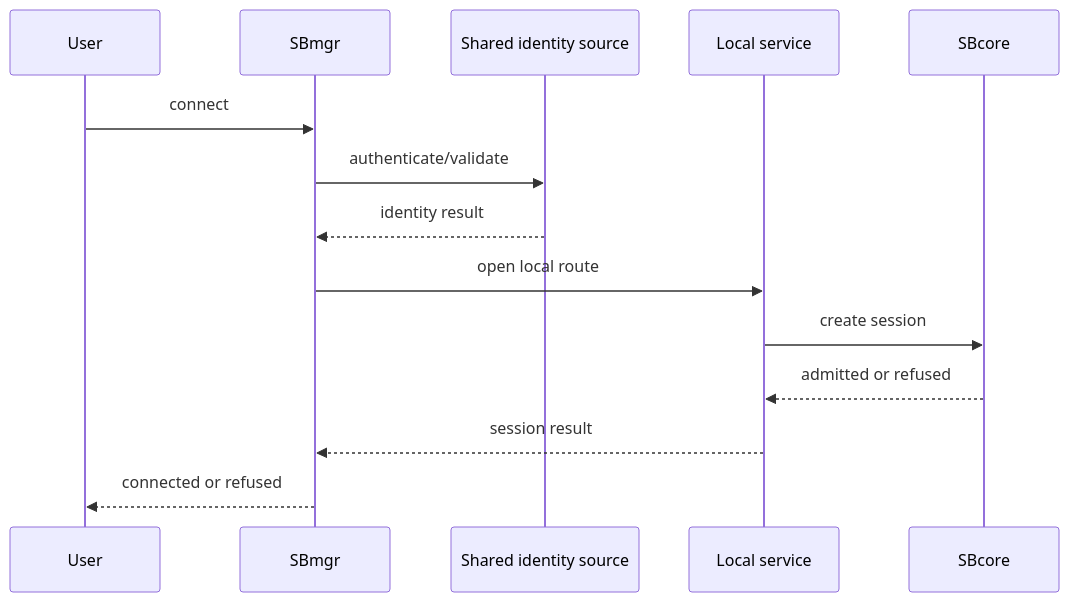
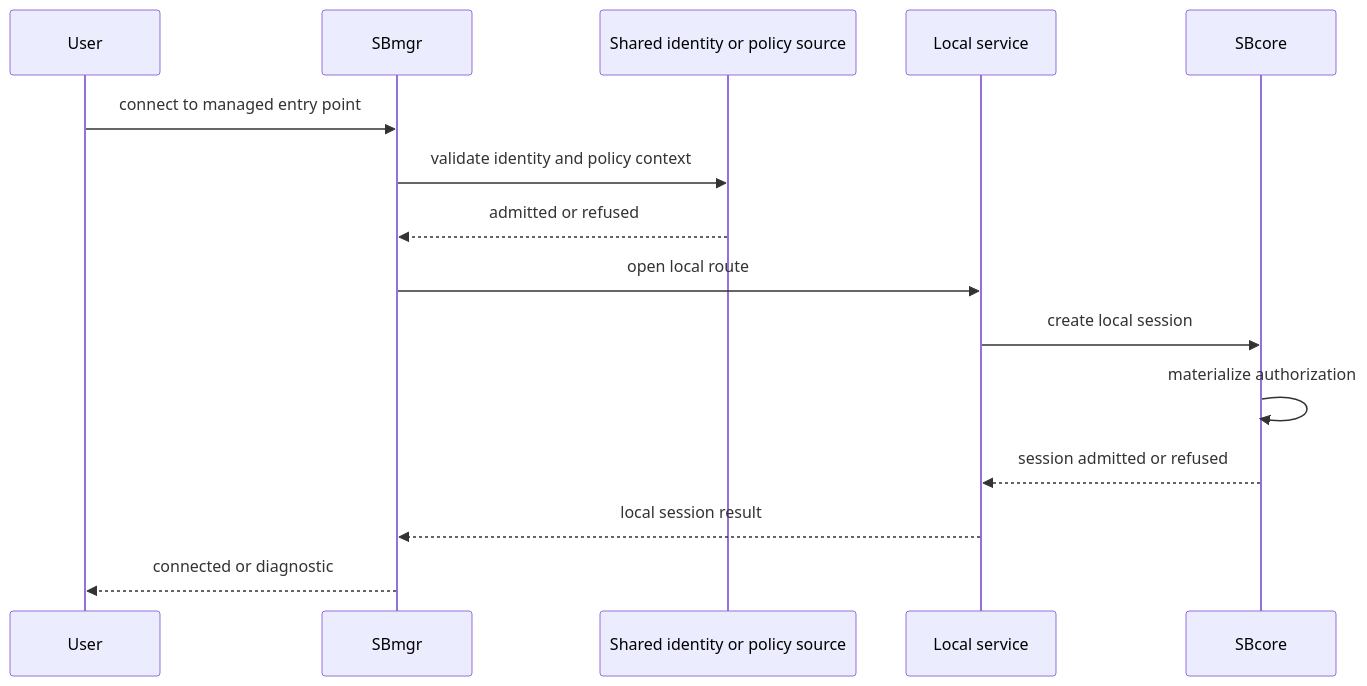
Before and after one commit to scratchbird-software-inc/ScratchBird: the second of 2 diagrams in docs/documentation/draft/Getting_Started/operating_modes/group_deployment.md, drawn with Mermaid. The commit also changed other lines of this file and 23 other files, not shown here.

````diff
--- a/docs/documentation/draft/Getting_Started/operating_modes/group_deployment.md
+++ b/docs/documentation/draft/Getting_Started/operating_modes/group_deployment.md
@@ -42,17 +64,18 @@
 ```mermaid
 sequenceDiagram
     participant User
     participant Manager as SBmgr
-    participant Identity as Shared identity source
+    participant Identity as Shared identity or policy source
     participant Service as Local service
     participant Engine as SBcore
 
-    User->>Manager: connect
-    Manager->>Identity: authenticate/validate
-    Identity-->>Manager: identity result
+    User->>Manager: connect to managed entry point
+    Manager->>Identity: validate identity and policy context
+    Identity-->>Manager: admitted or refused
     Manager->>Service: open local route
-    Service->>Engine: create session
-    Engine-->>Service: admitted or refused
-    Service-->>Manager: session result
-    Manager-->>User: connected or refused
+    Service->>Engine: create local session
+    Engine->>Engine: materialize authorization
+    Engine-->>Service: session admitted or refused
+    Service-->>Manager: local session result
+    Manager-->>User: connected or diagnostic
 ```
````
